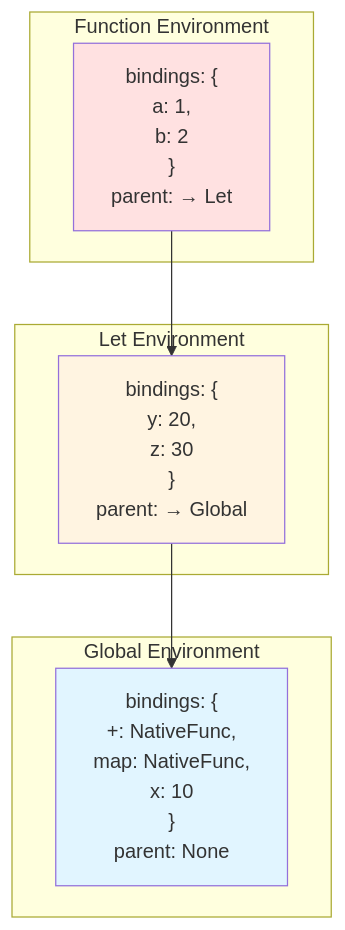
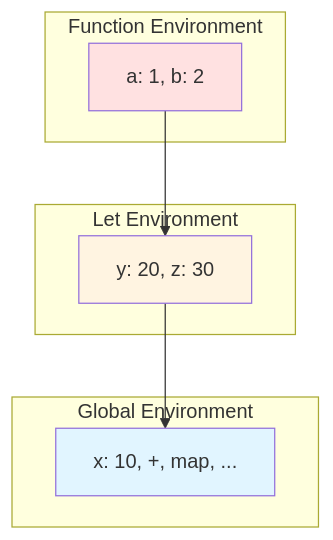
The first of 5 diagrams in learning/impl/05-environment.md (sanohiro/qi-lang), drawn with Mermaid before and after one commit. The commit also changed other lines of this file and 3 other files, not shown here.

First line of the commit message:
fix: Mermaid記法のHTMLタグを削除してGitHub互換性を向上

````diff
--- a/learning/impl/05-environment.md
+++ b/learning/impl/05-environment.md
@@ -23,21 +23,21 @@
 ```mermaid
 graph TB
     subgraph "Global Environment"
-        G["bindings: {<br/>  +: NativeFunc,<br/>  map: NativeFunc,<br/>  x: 10<br/>}<br/>parent: None"]
+        G["x: 10, +, map, ..."]
     end
 
     subgraph "Let Environment"
-        L["bindings: {<br/>  y: 20,<br/>  z: 30<br/>}<br/>parent: → Global"]
+        L["y: 20, z: 30"]
     end
 
     subgraph "Function Environment"
-        F["bindings: {<br/>  a: 1,<br/>  b: 2<br/>}<br/>parent: → Let"]
+        F["a: 1, b: 2"]
     end
 
     F --> L
     L --> G
 
     style G fill:#e1f5ff
     style L fill:#fff4e1
     style F fill:#ffe1e1
 ```
````
